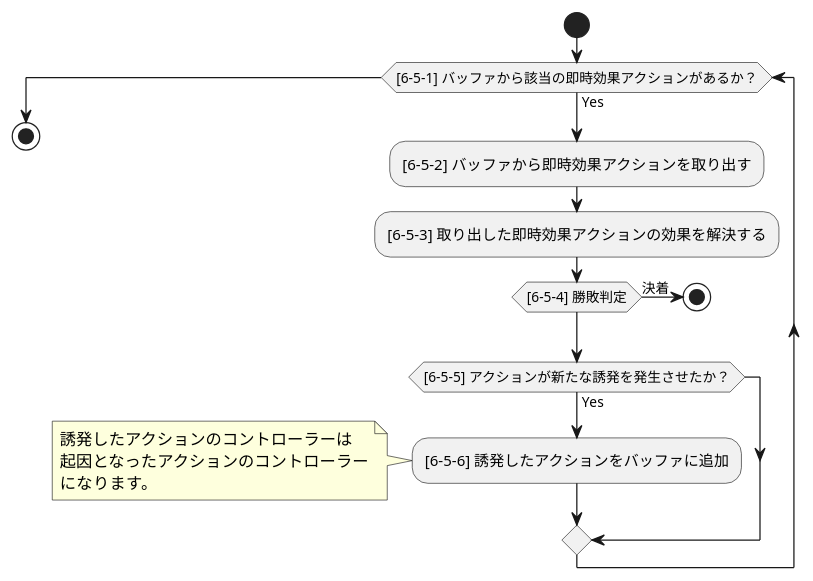
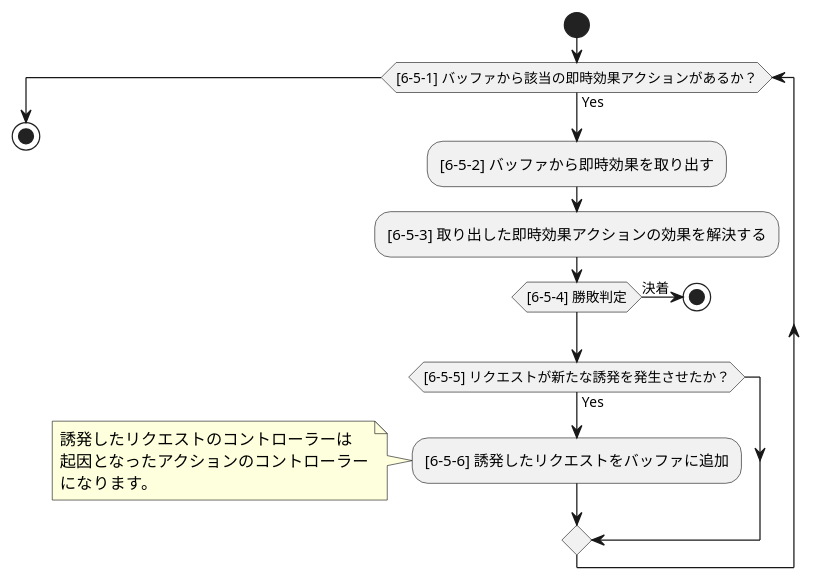
The diagram in source/core/triggerflow_s.puml (BlackPoker/BlackPoker), drawn with PlantUML before and after one commit. The commit also changed 8 other files, not shown here.

```diff
--- a/source/core/triggerflow_s.puml
+++ b/source/core/triggerflow_s.puml
@@ -1,23 +1,23 @@
 @startuml
 '==============================
 '【即時効果：アクション毎に処理】
 '==============================
 
 start
 while ([6-5-1] バッファから該当の即時効果アクションがあるか？) is (Yes)
-  :[6-5-2] バッファから即時効果アクションを取り出す;
+  :[6-5-2] バッファから即時効果を取り出す;
   :[6-5-3] 取り出した即時効果アクションの効果を解決する;
   if ([6-5-4] 勝敗判定) then (決着)
     stop
   endif
-  if ([6-5-5] アクションが新たな誘発を発生させたか？) then (Yes)
-    :[6-5-6] 誘発したアクションをバッファに追加;
+  if ([6-5-5] リクエストが新たな誘発を発生させたか？) then (Yes)
+    :[6-5-6] 誘発したリクエストをバッファに追加;
     note left
-      誘発したアクションのコントローラーは
+      誘発したリクエストのコントローラーは
       起因となったアクションのコントローラー
       になります。
     end note
   endif
 endwhile
 stop
 @enduml
```
